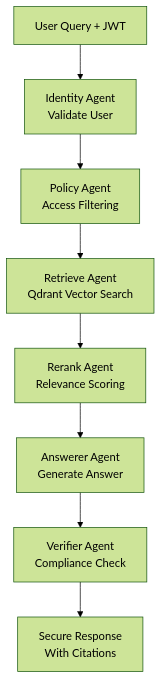
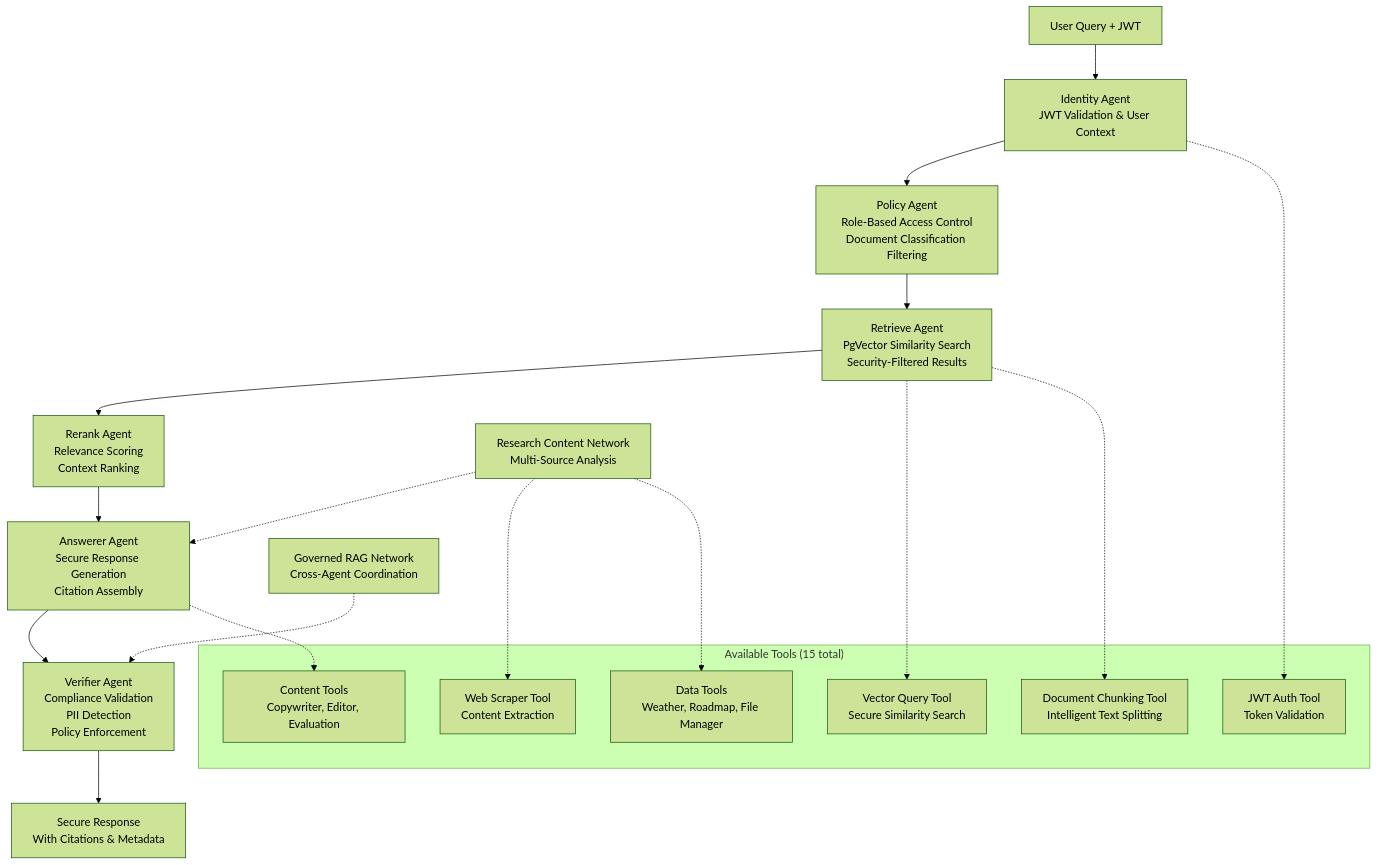
The second of 2 diagrams in README.md (ssdeanx/secure-rag-multi-agent), drawn with Mermaid (forest theme) before and after one commit. The commit also changed other lines of this file and 27 other files, not shown here.

````diff
--- a/README.md
+++ b/README.md
@@ -49,10 +64,56 @@
 ```mermaid
 flowchart TD
-    A[User Query + JWT] --> B[Identity Agent<br/>Validate User]
-    B --> C[Policy Agent<br/>Access Filtering]
-    C --> D[Retrieve Agent<br/>Qdrant Vector Search]
-    D --> E[Rerank Agent<br/>Relevance Scoring]
-    E --> F[Answerer Agent<br/>Generate Answer]
-    F --> G[Verifier Agent<br/>Compliance Check]
-    G --> H[Secure Response<br/>With Citations]
+    %% Input Layer
+    A[User Query + JWT] --> B[Identity Agent<br/>JWT Validation & User Context]
+
+    %% Security Layer
+    B --> C[Policy Agent<br/>Role-Based Access Control<br/>Document Classification Filtering]
+
+    %% Retrieval Layer
+    C --> D[Retrieve Agent<br/>PgVector Similarity Search<br/>Security-Filtered Results]
+
+    %% Processing Layer
+    D --> E[Rerank Agent<br/>Relevance Scoring<br/>Context Ranking]
+
+    %% Generation Layer
+    E --> F[Answerer Agent<br/>Secure Response Generation<br/>Citation Assembly]
+
+    %% Verification Layer
+    F --> G[Verifier Agent<br/>Compliance Validation<br/>PII Detection<br/>Policy Enforcement]
+
+    %% Output Layer
+    G --> H[Secure Response<br/>With Citations & Metadata]
+
+    %% Multi-Agent Enhancement
+    I[Research Content Network<br/>Multi-Source Analysis] -.-> F
+    J[Governed RAG Network<br/>Cross-Agent Coordination] -.-> G
+
+    %% Supporting Components
+    subgraph K["Available Tools (15 total)"]
+        L[Vector Query Tool<br/>Secure Similarity Search]
+        M[Document Chunking Tool<br/>Intelligent Text Splitting]
+        N[Web Scraper Tool<br/>Content Extraction]
+        O[JWT Auth Tool<br/>Token Validation]
+        P[Content Tools<br/>Copywriter, Editor, Evaluation]
+        Q[Data Tools<br/>Weather, Roadmap, File Manager]
+    end
+
+    %% Tool Usage
+    D -.-> L
+    D -.-> M
+    F -.-> P
+    I -.-> N
+    I -.-> Q
+    B -.-> O
+
+    %% Styling
+    classDef inputLayer fill:#e3f2fd,stroke:#1976d2,stroke-width:2px
+    classDef securityLayer fill:#fff3e0,stroke:#f57c00,stroke-width:2px
+    classDef retrievalLayer fill:#e8f5e8,stroke:#388e3c,stroke-width:2px
+    classDef processingLayer fill:#fce4ec,stroke:#c2185b,stroke-width:2px
+    classDef generationLayer fill:#f3e5f5,stroke:#7b1fa2,stroke-width:2px
+    classDef verificationLayer fill:#fff8e1,stroke:#fbc02d,stroke-width:2px
+    classDef outputLayer fill:#e0f2f1,stroke:#00796b,stroke-width:2px
+
+    class A,B,C,D,E,F,G,H inputLayer,securityLayer,retrievalLayer,processingLayer,generationLayer,verificationLayer,outputLayer
 ```
````
